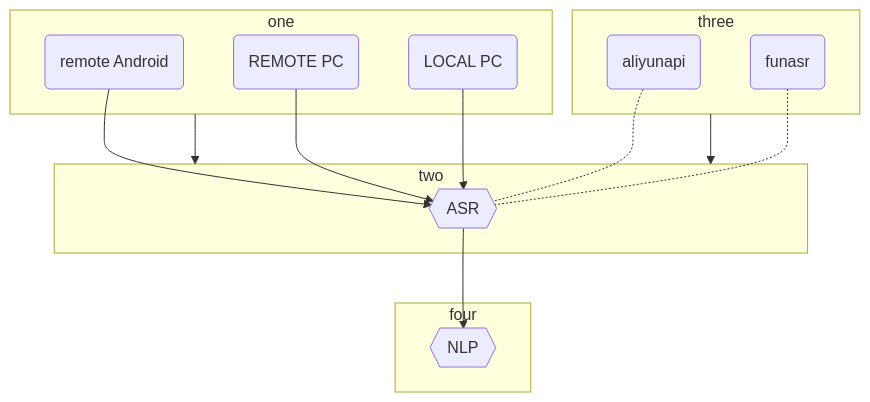
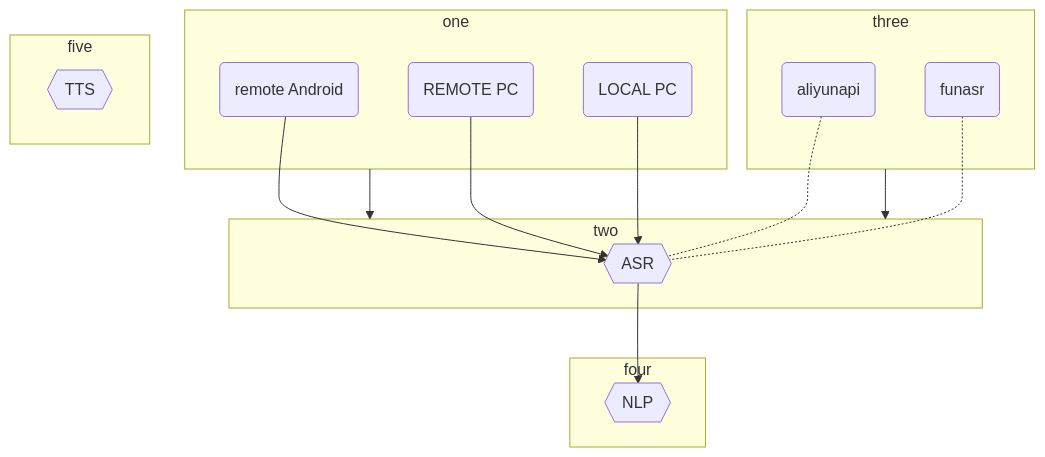
One commit to Luckyyaheen/testmd changed the first of 3 diagrams in README.md. Above: the diagram before and after it, drawn with Mermaid.

````diff
--- a/README.md
+++ b/README.md
@@ -2,39 +2,42 @@
 ```mermaid
 flowchart TB
 
     aa-->asr
     cc-->asr
     bb-->asr
 
     aliyun-.-asr
     funasr-.-asr
 
     asr-->nlp
 
     subgraph one
     aa("remote Android")
     cc("REMOTE PC")
     bb("LOCAL PC")
     end
 
     subgraph two
     asr{{"ASR"}}
     end
 
     subgraph three
     aliyun("aliyunapi")
     funasr("funasr")  
     end
 
     subgraph four
     nlp{{"NLP"}}
     end
 
+    subgraph five
+    tts{{"TTS"}}
+    end
 
 
 
     one --> two
     three --> two
 
 
 ```
````
